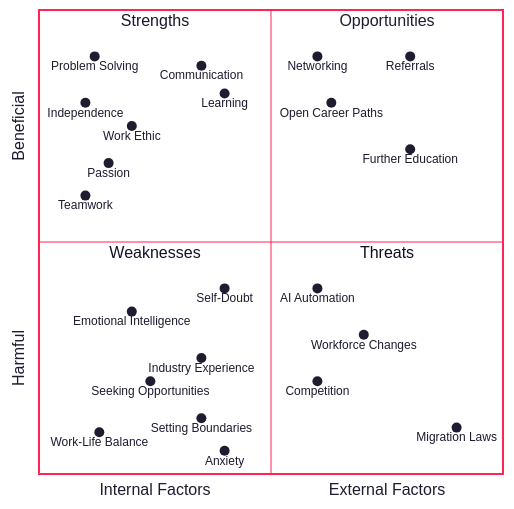
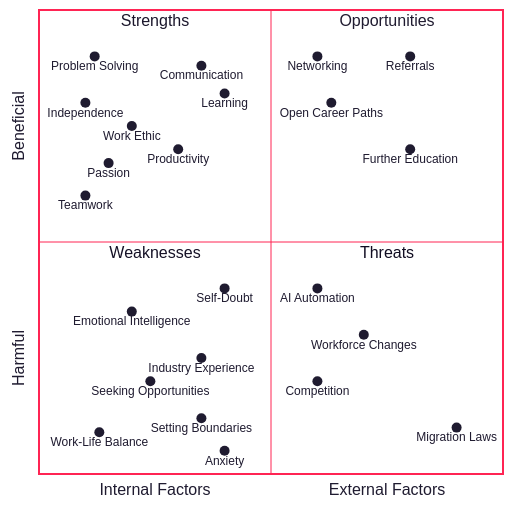
The diagram in Personal_SWOT.mermaid (autumnssuns/qiba-docs), drawn with Mermaid before and after one commit. The commit also changed 2 other files, not shown here.

Commit message:
Updated to include productivity

```diff
--- a/Personal_SWOT.mermaid
+++ b/Personal_SWOT.mermaid
@@ -1,39 +1,40 @@
 %%{init: {'theme': 'base',
     'themeVariables': {
       'primaryColor': '#fff',
       'primaryTextColor': '#1f1b30',
       'primaryBorderColor': '#FF2453',
       'lineColor': '#1f1b30',
       'secondaryColor': '#006100',
       'tertiaryColor': '#fff',
       'fontFamily':'verdana'
     }, "flowchart" : { "curve" : "basis" } } }%%
 quadrantChart
     x-axis Internal Factors --> External Factors
     y-axis Harmful --> Beneficial
     quadrant-2 Strengths
     quadrant-3 Weaknesses
     quadrant-1 Opportunities
     quadrant-4 Threats
     Problem Solving: [0.12,0.9]
     Communication: [0.35,0.88]
     Teamwork: [0.1,0.6]
     Independence: [0.1,0.8]
     Learning: [0.4,0.82]
     Work Ethic: [0.2,0.75]
     Passion: [0.15,0.67]
+    Productivity: [0.3,0.7]
     Anxiety: [0.4,0.05]
     Setting Boundaries: [0.35,0.12]
     Self-Doubt: [0.4,0.4]
     Work-Life Balance: [0.13,0.09]
     Emotional Intelligence: [0.2,0.35]
     Industry Experience: [0.35,0.25]
     Seeking Opportunities: [0.24,0.2]
     Open Career Paths: [0.63,0.8]
     Networking: [0.6,0.9]
     Further Education: [0.8,0.7]
     Referrals: [0.8,0.9]
     AI Automation: [0.6,0.4]
     Workforce Changes: [0.7,0.3]
     Competition: [0.6,0.2]
     Migration Laws: [0.9,0.1]
```
